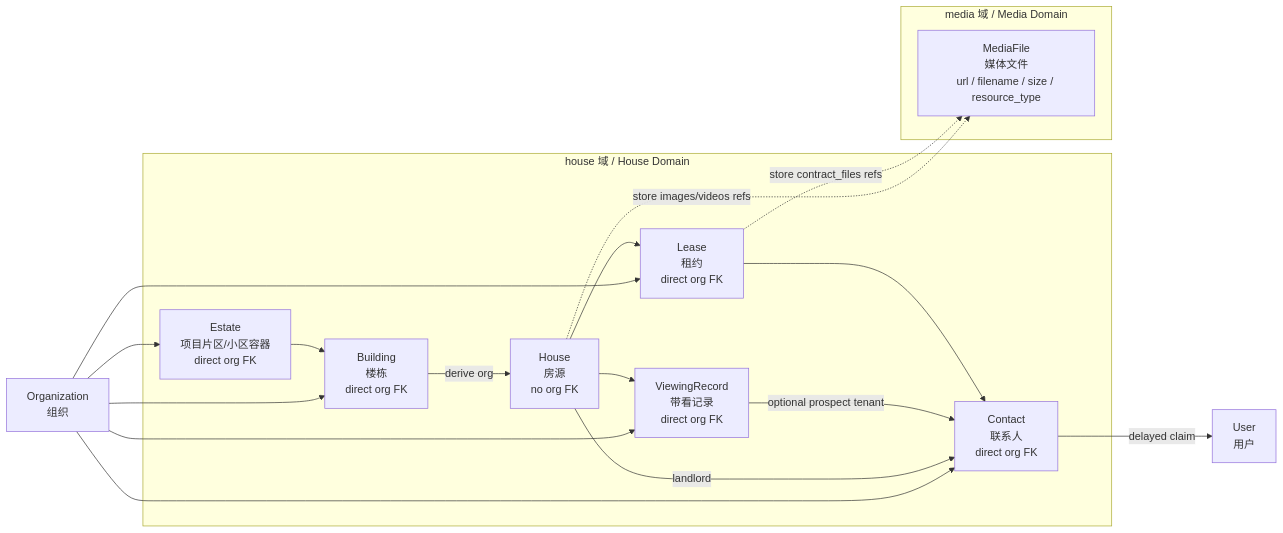
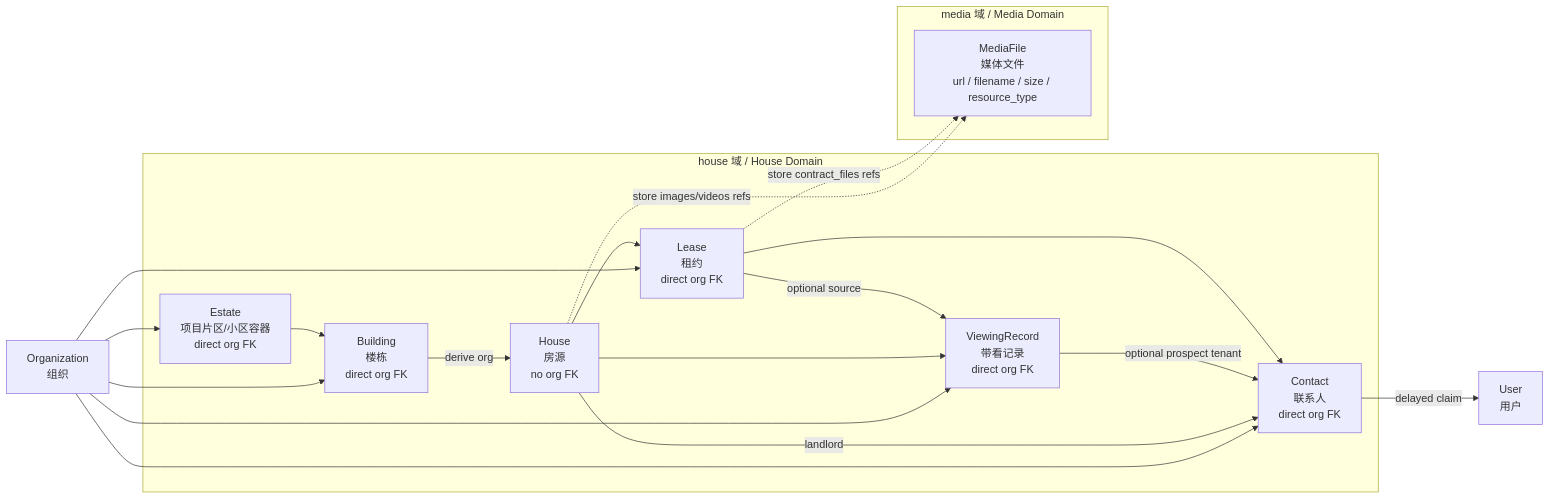
Before and after one commit to ol0o0lo/linkcloud-space: the fifth of 6 diagrams in openspec/changes/property-rental-management/design.md, drawn with Mermaid. The commit also changed other lines of this file and 3 other files, not shown here.

````diff
--- a/openspec/changes/property-rental-management/design.md
+++ b/openspec/changes/property-rental-management/design.md
@@ -375,36 +379,37 @@
 ```mermaid
 flowchart LR
     subgraph house_domain["house 域 / House Domain"]
         estate2["Estate<br/>项目片区/小区容器<br/>direct org FK"]
         building2["Building<br/>楼栋<br/>direct org FK"]
         house2["House<br/>房源<br/>no org FK"]
         contact2["Contact<br/>联系人<br/>direct org FK"]
         viewing2["ViewingRecord<br/>带看记录<br/>direct org FK"]
         lease2["Lease<br/>租约<br/>direct org FK"]
     end
 
     subgraph media_domain["media 域 / Media Domain"]
         media2["MediaFile<br/>媒体文件<br/>url / filename / size / resource_type"]
     end
 
     org2["Organization<br/>组织"]
     user2["User<br/>用户"]
 
     org2 --> estate2
     org2 --> building2
     org2 --> contact2
     org2 --> viewing2
     org2 --> lease2
 
     estate2 --> building2
     building2 -->|"derive org"| house2
     house2 -->|"landlord"| contact2
     house2 --> viewing2
     viewing2 -->|"optional prospect tenant"| contact2
     house2 --> lease2
+    lease2 -->|"optional source"| viewing2
     lease2 --> contact2
     contact2 -->|"delayed claim"| user2
 
     house2 -.->|"store images/videos refs"| media2
     lease2 -.->|"store contract_files refs"| media2
 ```
````
